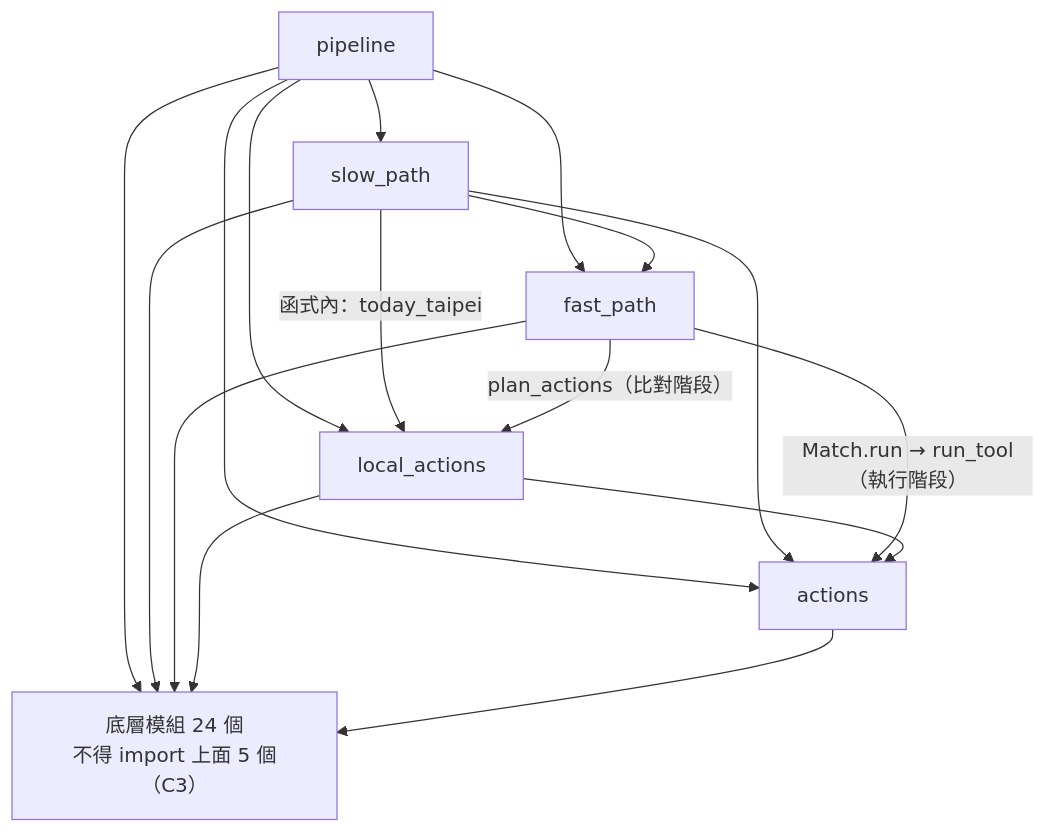
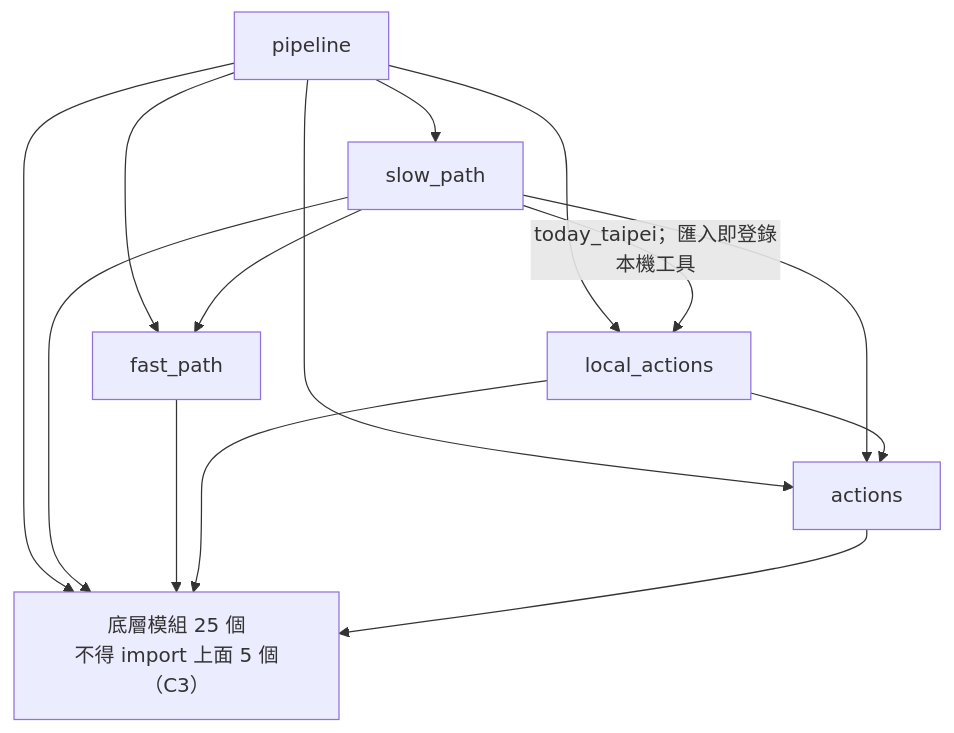
The second of 2 diagrams in docs/flows/module-deps.md (young878787/mac_ai_control), drawn with Mermaid before and after one commit. The commit also changed other lines of this file and 21 other files, not shown here.

Commit message:
refactor: fast_path 只比對不執行（對應表移到 router.action_plan、由 pipeline 執行）、router 套件用到才 import，依賴收斂計畫結案並新增 ADR 0029（依賴收斂 P2）

````diff
--- a/docs/flows/module-deps.md
+++ b/docs/flows/module-deps.md
@@ -52,18 +52,16 @@
 ```mermaid
 flowchart TD
     Pipeline["pipeline"] --> SlowPath["slow_path"]
     Pipeline --> FastPath["fast_path"]
     Pipeline --> LocalActions["local_actions"]
     Pipeline --> Actions["actions"]
     SlowPath --> FastPath
-    SlowPath -- "函式內：today_taipei" --> LocalActions
+    SlowPath -- "today_taipei；匯入即登錄本機工具" --> LocalActions
     SlowPath --> Actions
-    FastPath -- "plan_actions（比對階段）" --> LocalActions
-    FastPath -- "Match.run → run_tool（執行階段）" --> Actions
     LocalActions --> Actions
-    Pipeline --> Low["底層模組 24 個<br/>不得 import 上面 5 個（C3）"]
+    Pipeline --> Low["底層模組 25 個<br/>不得 import 上面 5 個（C3）"]
     SlowPath --> Low
     FastPath --> Low
     LocalActions --> Low
     Actions --> Low
 ```
````
